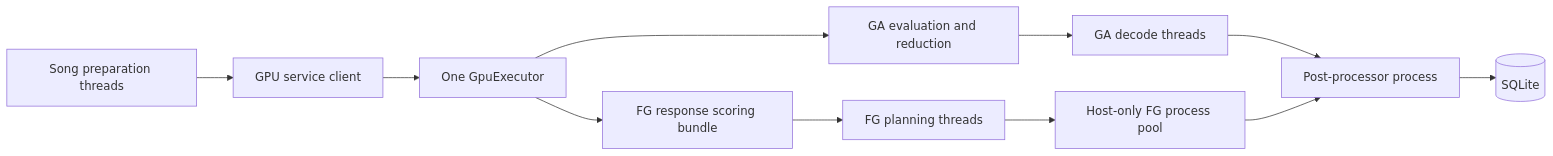
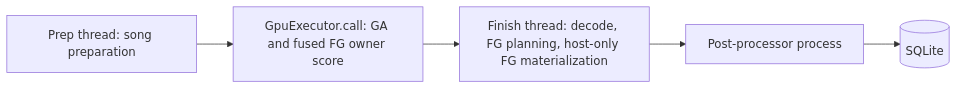
One commit to TheBaconactor/RoBeats-Calculator-Engine changed the second of 3 diagrams in docs/ARCHITECTURE.md. Above: the diagram before and after it, drawn with Mermaid. The commit also changed other lines of this file and 32 other files, not shown here.

````diff
--- a/docs/ARCHITECTURE.md
+++ b/docs/ARCHITECTURE.md
@@ -60,13 +59,7 @@
 ```mermaid
 flowchart LR
-    A["Song preparation threads"] --> B["GPU service client"]
-    B --> C["One GpuExecutor"]
-    C --> D["GA evaluation and reduction"]
-    C --> E["FG response scoring bundle"]
-    D --> F["GA decode threads"]
-    E --> G["FG planning threads"]
-    G --> H["Host-only FG process pool"]
-    F --> I["Post-processor process"]
-    H --> I
-    I --> K[("SQLite")]
+    A["Prep thread: song preparation"] --> B["GpuExecutor.call: GA and fused FG owner score"]
+    B --> C["Finish thread: decode, FG planning, host-only FG materialization"]
+    C --> D["Post-processor process"]
+    D --> E[("SQLite")]
 ```
````
